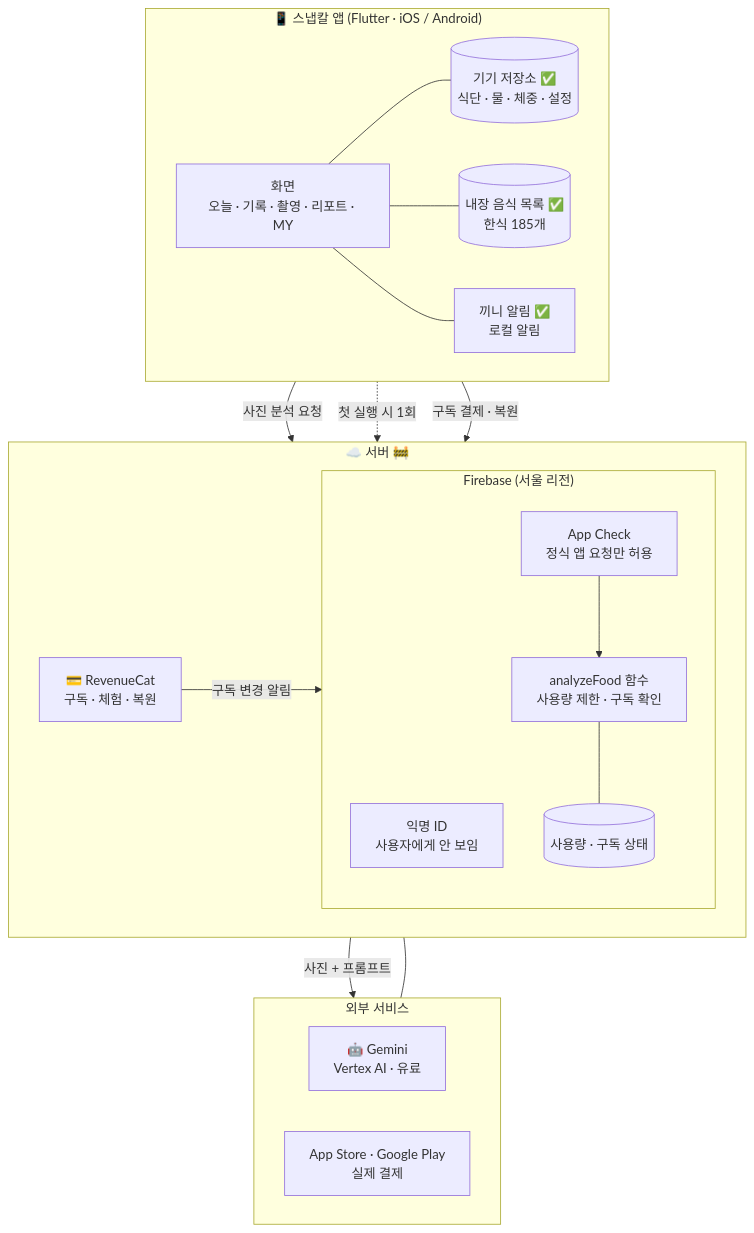
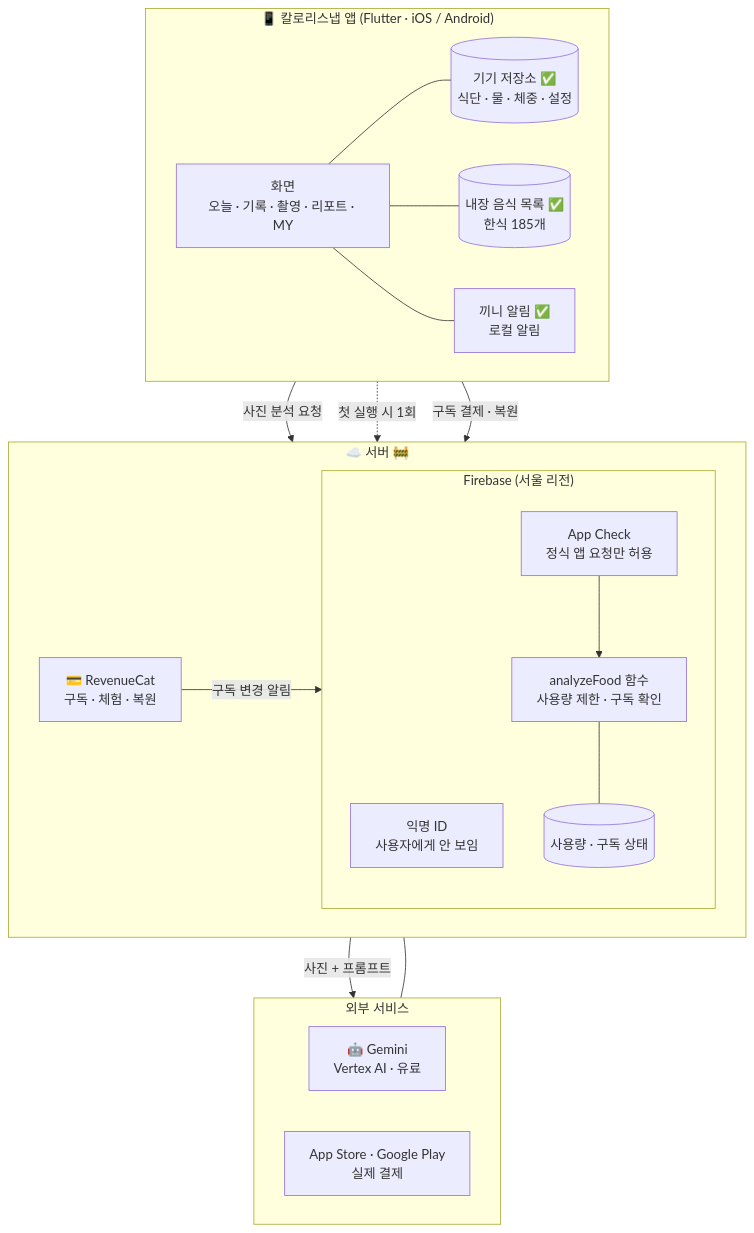
The first of 7 diagrams in docs/ARCHITECTURE.md (hae-company/snap-cal), drawn with Mermaid before and after one commit. The commit also changed other lines of this file and 20 other files, not shown here.

````diff
--- a/docs/ARCHITECTURE.md
+++ b/docs/ARCHITECTURE.md
@@ -13,40 +13,40 @@
 ```mermaid
 flowchart TB
-  subgraph Phone["📱 스냅칼 앱 (Flutter · iOS / Android)"]
+  subgraph Phone["📱 칼로리스냅 앱 (Flutter · iOS / Android)"]
     direction LR
     UI["화면<br>오늘 · 기록 · 촬영 · 리포트 · MY"]
     Local[("기기 저장소 ✅<br>식단 · 물 · 체중 · 설정")]
     Foods[("내장 음식 목록 ✅<br>한식 185개")]
     Noti["끼니 알림 ✅<br>로컬 알림"]
     UI --- Local
     UI --- Foods
     UI --- Noti
   end
 
   subgraph Server["☁️ 서버 🚧"]
     direction LR
     subgraph Firebase["Firebase (서울 리전)"]
       direction TB
       Anon["익명 ID<br>사용자에게 안 보임"]
       Check["App Check<br>정식 앱 요청만 허용"]
       Fn["analyzeFood 함수<br>사용량 제한 · 구독 확인"]
       Usage[("사용량 · 구독 상태")]
       Check --> Fn
       Fn --- Usage
     end
     RC["💳 RevenueCat<br>구독 · 체험 · 복원"]
   end
 
   subgraph External["외부 서비스"]
     direction LR
     Gemini["🤖 Gemini<br>Vertex AI · 유료"]
     Stores["App Store · Google Play<br>실제 결제"]
   end
 
   UI -- "사진 분석 요청" --> Check
   UI -. "첫 실행 시 1회" .-> Anon
   UI -- "구독 결제 · 복원" --> RC
   RC -- "구독 변경 알림" --> Fn
   Fn -- "사진 + 프롬프트" --> Gemini
   RC --- Stores
 ```
````
